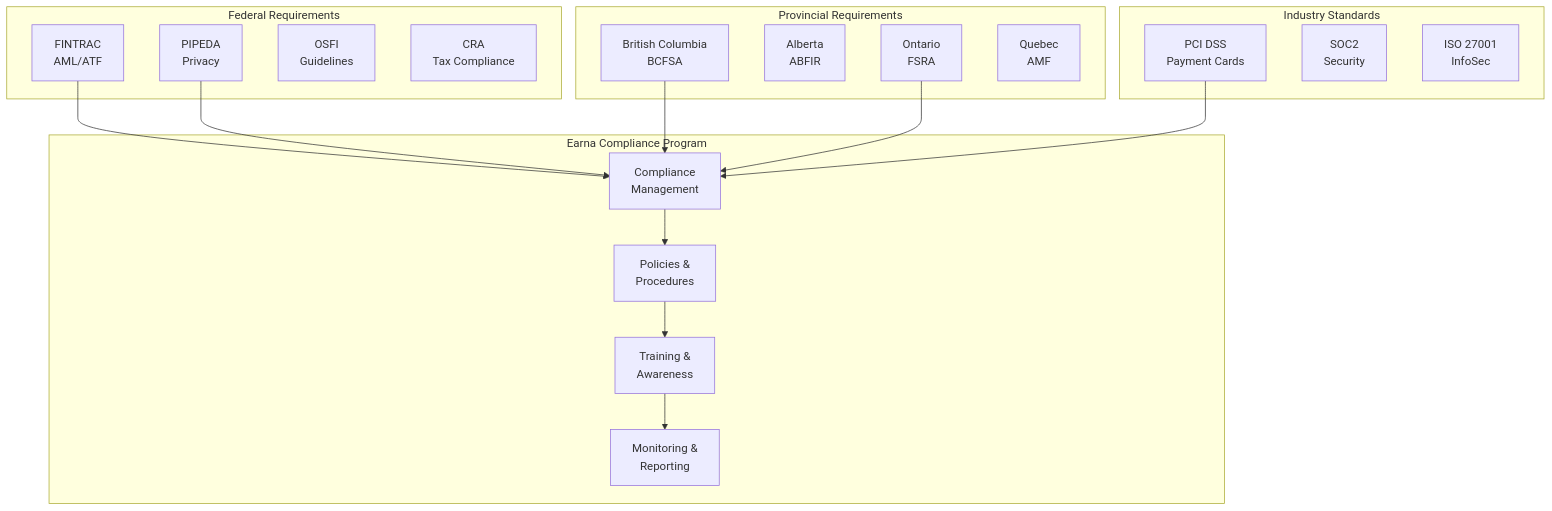
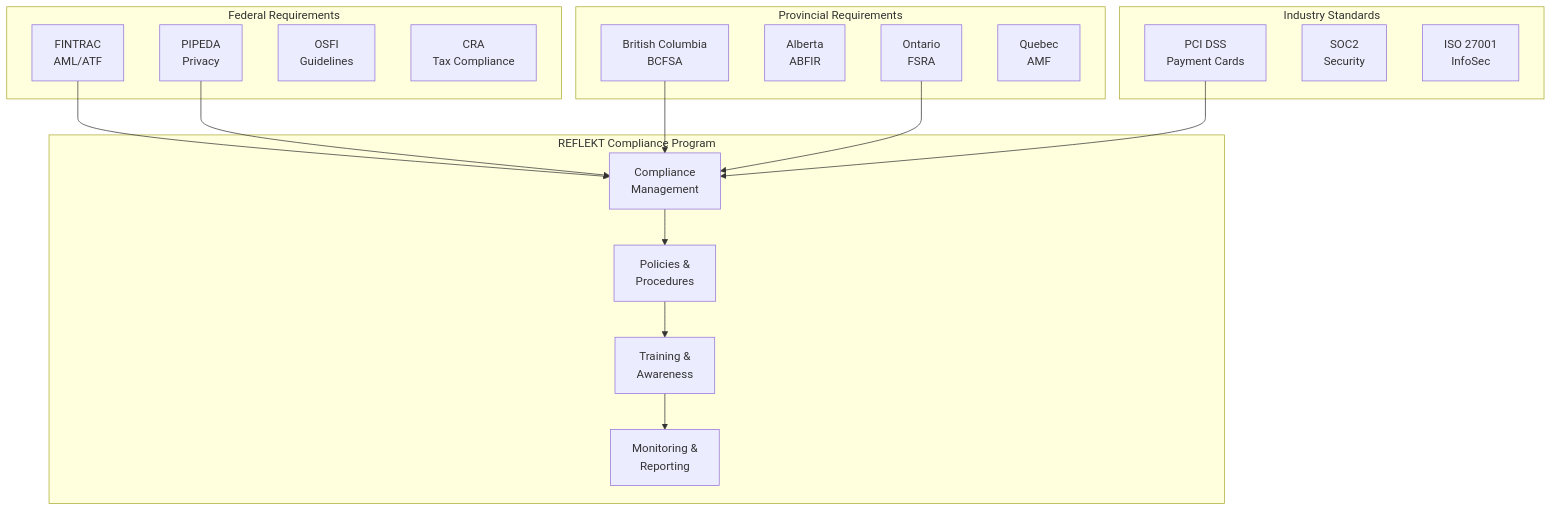
The first of 2 diagrams in docs-nextra/src/content/compliance/index.mdx (identity-wael/REFLEKT), drawn with Mermaid before and after one commit. The commit also changed other lines of this file and 88 other files, not shown here.

First line of the commit message:
docs: rebrand docs-nextra from Earna AI to REFLEKT

````diff
--- a/docs-nextra/src/content/compliance/index.mdx
+++ b/docs-nextra/src/content/compliance/index.mdx
@@ -9,39 +9,39 @@
 ```mermaid
 graph TB
     subgraph "Federal Requirements"
         FINTRAC[FINTRAC<br/>AML/ATF]
         PIPEDA[PIPEDA<br/>Privacy]
         OSFI[OSFI<br/>Guidelines]
         CRA[CRA<br/>Tax Compliance]
     end
 
     subgraph "Provincial Requirements"
         BC[British Columbia<br/>BCFSA]
         AB[Alberta<br/>ABFIR]
         ON[Ontario<br/>FSRA]
         QC[Quebec<br/>AMF]
     end
 
     subgraph "Industry Standards"
         PCI[PCI DSS<br/>Payment Cards]
         SOC2[SOC2<br/>Security]
         ISO[ISO 27001<br/>InfoSec]
     end
 
-    subgraph "Earna Compliance Program"
+    subgraph "REFLEKT Compliance Program"
         Program[Compliance<br/>Management]
         Policies[Policies &<br/>Procedures]
         Training[Training &<br/>Awareness]
         Monitoring[Monitoring &<br/>Reporting]
     end
 
     FINTRAC --> Program
     PIPEDA --> Program
     BC --> Program
     ON --> Program
     PCI --> Program
 
     Program --> Policies
     Policies --> Training
     Training --> Monitoring
 ```
````
